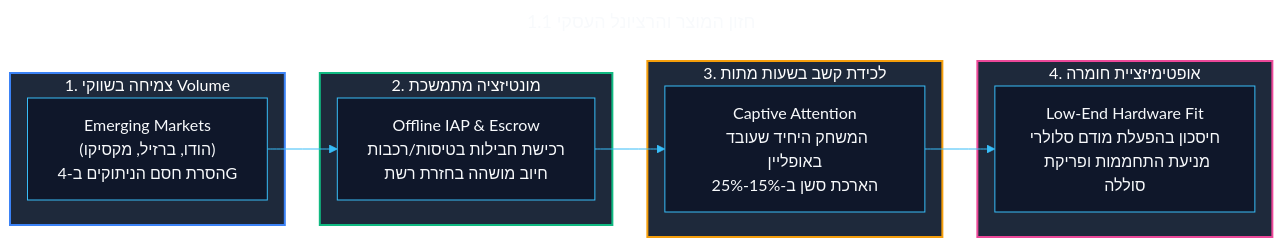
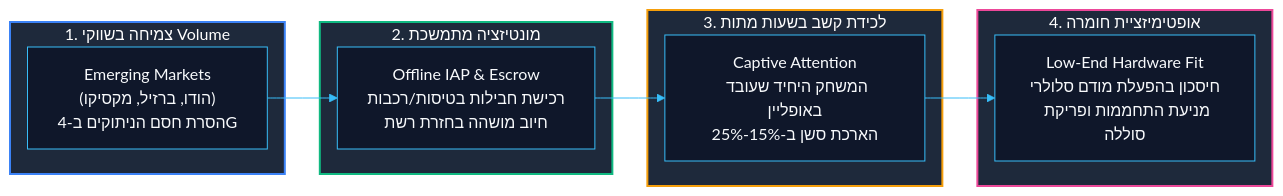
Before and after one commit to Yuvalalex/MOON-ACTIVE-MUNI-SPINE: the fourth of 8 diagrams in prd_final_v5_CEO_chapters/01 - תקציר מנהלים ופשטות המימוש (Executive Summary & Architectural Simplicity).md, drawn with Mermaid. The commit also changed other lines of this file and 16 other files, not shown here.

Commit message:
docs: fix mermaid blocks in PRD docs

````diff
--- a/prd_final_v5_CEO_chapters/01 - תקציר מנהלים ופשטות המימוש (Executive Summary & Architectural Simplicity).md
+++ b/prd_final_v5_CEO_chapters/01 - תקציר מנהלים ופשטות המימוש (Executive Summary & Architectural Simplicity).md
@@ -208,45 +199,42 @@
 ```mermaid
----
-title: 1.1 חזון המוצר והרציונל העסקי
----
 %%{init: {
   "theme": "base",
   "themeVariables": {
     "fontFamily": "Segoe UI, Assistant, sans-serif",
     "fontSize": "16px",
     "primaryColor": "#0f172a",
     "primaryTextColor": "#f8fafc",
     "primaryBorderColor": "#38bdf8",
     "lineColor": "#38bdf8",
     "secondaryColor": "#1e293b",
     "tertiaryColor": "#1e293b",
     "edgeLabelBackground": "#0f172a",
     "nodeBorder": "#38bdf8",
     "clusterBkg": "#0b1120",
     "clusterBorder": "#38bdf8"
   },
   "flowchart": { "curve": "basis", "nodeSpacing": 30, "rankSpacing": 35, "padding": 15 },
   "sequence": { "actorMargin": 30, "messageMargin": 30 },
   "state": { "nodeSpacing": 30, "rankSpacing": 35, "titleTopMargin": 15 }
 }}%%
 graph LR
     subgraph Growth["1. צמיחה בשווקי Volume"]
         A["Emerging Markets<br/>(הודו, ברזיל, מקסיקו)<br/>הסרת חסם הניתוקים ב-4G"]
     end
     subgraph Mon["2. מונטיזציה מתמשכת"]
         B["Offline IAP & Escrow<br/>רכישת חבילות בטיסות/רכבות<br/>חיוב מושהה בחזרת רשת"]
     end
     subgraph Retention["3. לכידת קשב בשעות מתות"]
         C["Captive Attention<br/>המשחק היחיד שעובד באופליין<br/>הארכת סשן ב-15%-25%"]
     end
     subgraph HW["4. אופטימיזציית חומרה"]
         D["Low-End Hardware Fit<br/>חיסכון בהפעלת מודם סלולרי<br/>מניעת התחממות ופריקת סוללה"]
     end
 
     A --> B --> C --> D
 
     style Growth fill:#1e293b,stroke:#3b82f6,stroke-width:2px,color:#fff
     style Mon fill:#1e293b,stroke:#10b981,stroke-width:2px,color:#fff
     style Retention fill:#1e293b,stroke:#f59e0b,stroke-width:2px,color:#fff
     style HW fill:#1e293b,stroke:#ec4899,stroke-width:2px,color:#fff
 ```
````
